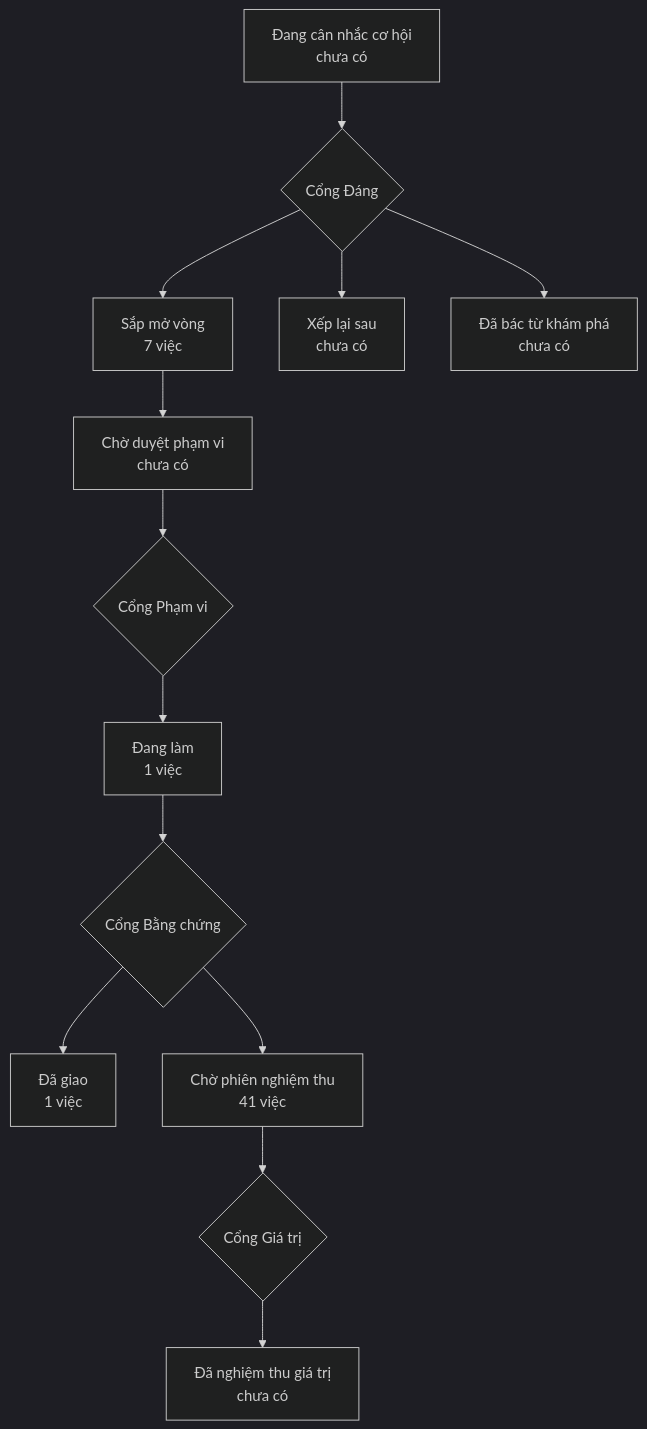
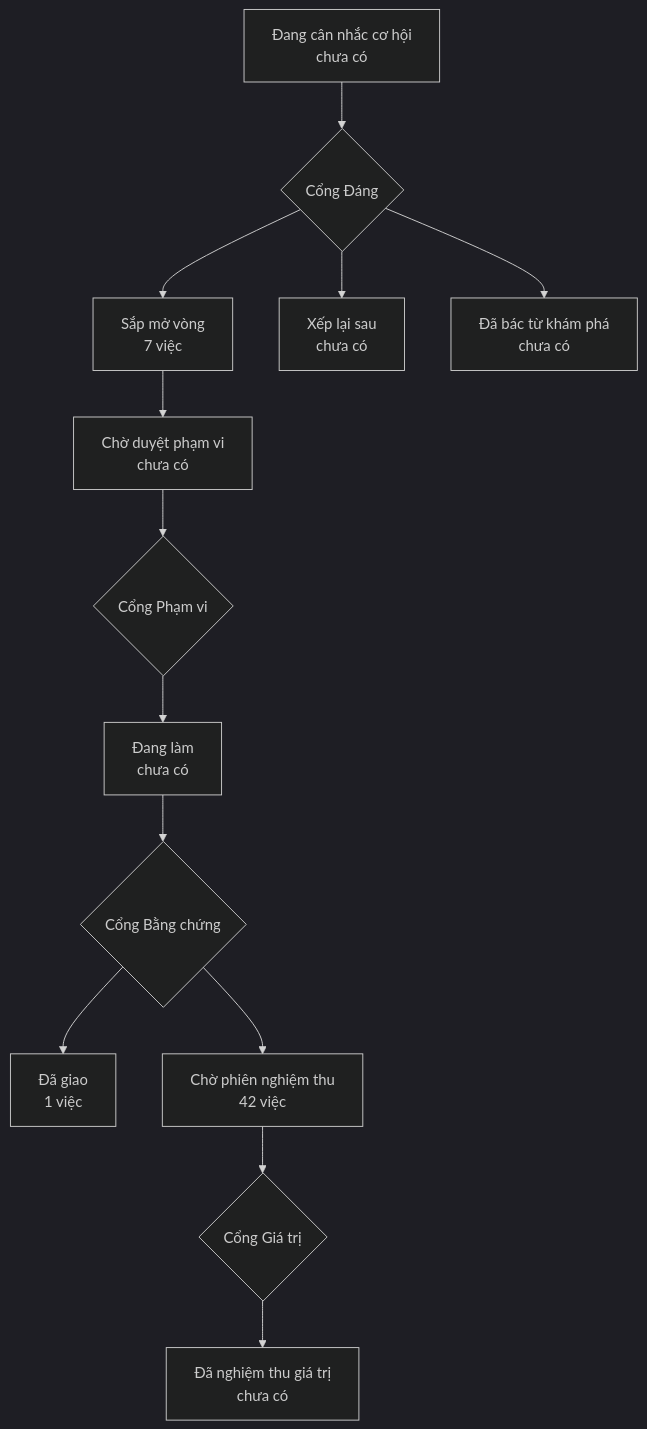
The diagram in PRODUCT-MAP.md (phanlemanh/onehub-inventory), drawn with Mermaid (dark theme) before and after one commit. The commit also changed other lines of this file and 5 other files, not shown here.

````diff
--- a/PRODUCT-MAP.md
+++ b/PRODUCT-MAP.md
@@ -7,12 +7,12 @@
 ```mermaid
 flowchart TD
   A["Đang cân nhắc cơ hội<br/>chưa có"] --> GD{"Cổng Đáng"}
   GD --> B["Sắp mở vòng<br/>7 việc"]
   GD --> XL["Xếp lại sau<br/>chưa có"]
   GD --> DB["Đã bác từ khám phá<br/>chưa có"]
   B --> CD["Chờ duyệt phạm vi<br/>chưa có"] --> GP{"Cổng Phạm vi"}
-  GP --> DL["Đang làm<br/>1 việc"] --> GB{"Cổng Bằng chứng"}
+  GP --> DL["Đang làm<br/>chưa có"] --> GB{"Cổng Bằng chứng"}
   GB --> DG["Đã giao<br/>1 việc"]
-  GB --> CN["Chờ phiên nghiệm thu<br/>41 việc"] --> GG{"Cổng Giá trị"}
+  GB --> CN["Chờ phiên nghiệm thu<br/>42 việc"] --> GG{"Cổng Giá trị"}
   GG --> NT["Đã nghiệm thu giá trị<br/>chưa có"]
 ```
````
